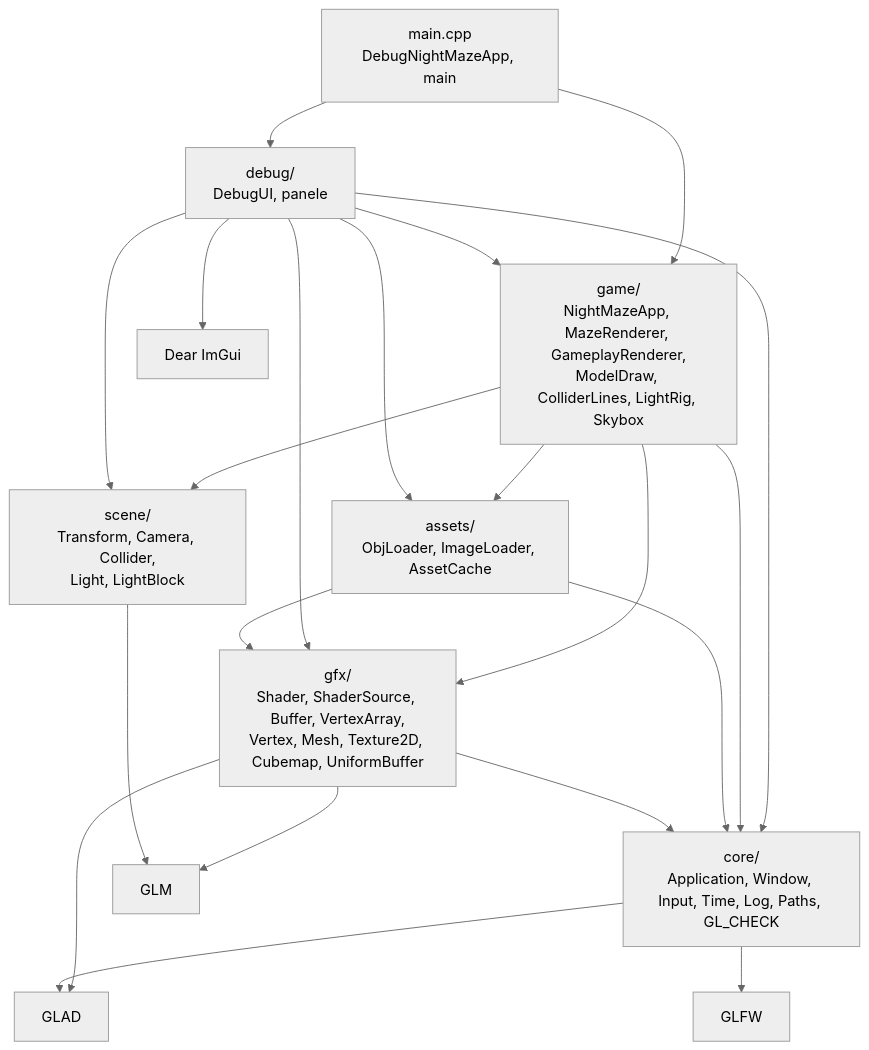
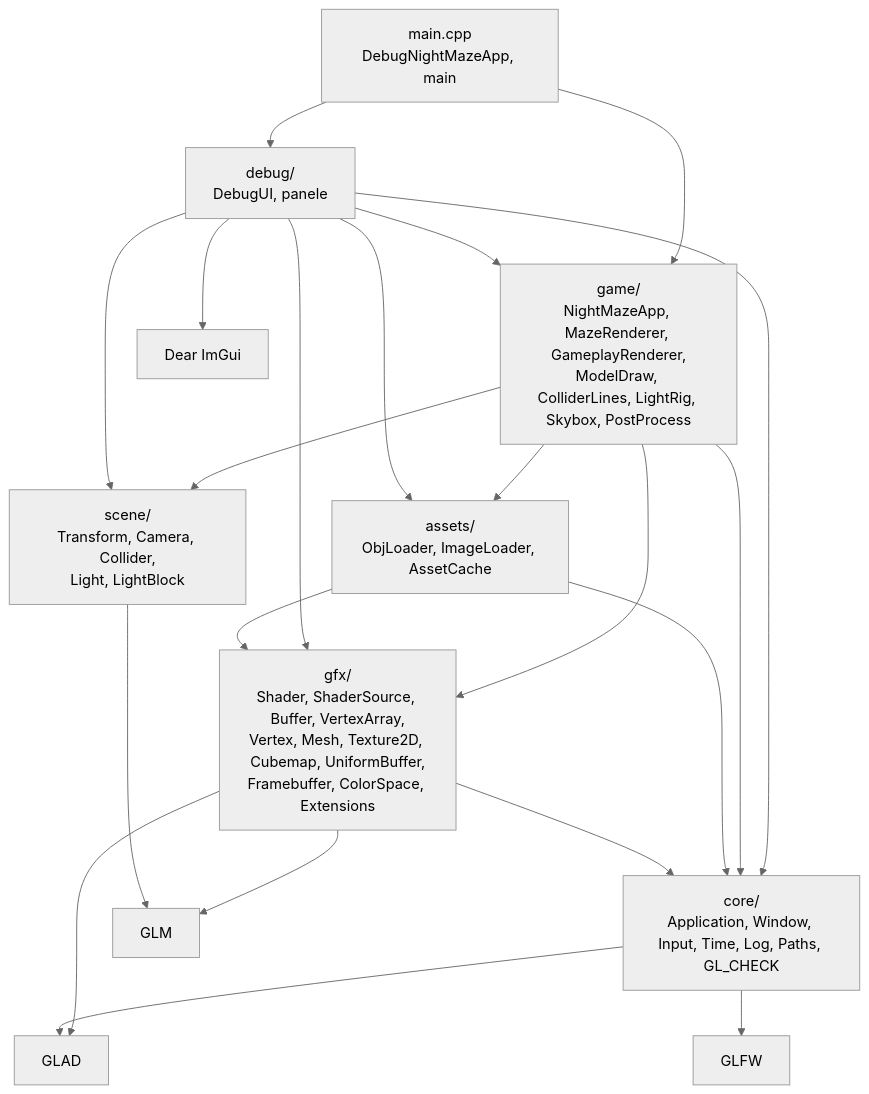
Before and after one commit to Shironex/night-maze: the third of 4 diagrams in docs/modules/gfx/README.md, drawn with Mermaid (neutral theme). The commit also changed other lines of this file and 96 other files, not shown here.

Commit message:
feat(game): render the scene to an hdr buffer with tone mapping and gamma

````diff
--- a/docs/modules/gfx/README.md
+++ b/docs/modules/gfx/README.md
@@ -117,23 +119,23 @@
 ```mermaid
 flowchart TD
     Main["main.cpp<br/>DebugNightMazeApp, main"] --> Debug["debug/<br/>DebugUI, panele"]
-    Main --> Game["game/<br/>NightMazeApp, MazeRenderer, GameplayRenderer,<br/>ModelDraw, ColliderLines, LightRig, Skybox"]
+    Main --> Game["game/<br/>NightMazeApp, MazeRenderer, GameplayRenderer,<br/>ModelDraw, ColliderLines, LightRig, Skybox, PostProcess"]
     Debug --> Core["core/<br/>Application, Window, Input, Time, Log, Paths, GL_CHECK"]
     Debug --> Game
     Game --> Core
     Game --> Assets
     Game --> Gfx
     Game --> Scene
     Debug --> Assets
     Debug --> Gfx
     Debug --> Scene
     Assets["assets/<br/>ObjLoader, ImageLoader, AssetCache"] --> Gfx
     Assets --> Core
-    Gfx["gfx/<br/>Shader, ShaderSource, Buffer, VertexArray,<br/>Vertex, Mesh, Texture2D, Cubemap, UniformBuffer"] --> Core
+    Gfx["gfx/<br/>Shader, ShaderSource, Buffer, VertexArray,<br/>Vertex, Mesh, Texture2D, Cubemap, UniformBuffer,<br/>Framebuffer, ColorSpace, Extensions"] --> Core
     Gfx --> Glm
     Scene["scene/<br/>Transform, Camera, Collider,<br/>Light, LightBlock"] --> Glm["GLM"]
     Gfx --> Glad["GLAD"]
     Core --> Glad
     Core --> Glfw["GLFW"]
     Debug --> ImGui["Dear ImGui"]
 ```
````
